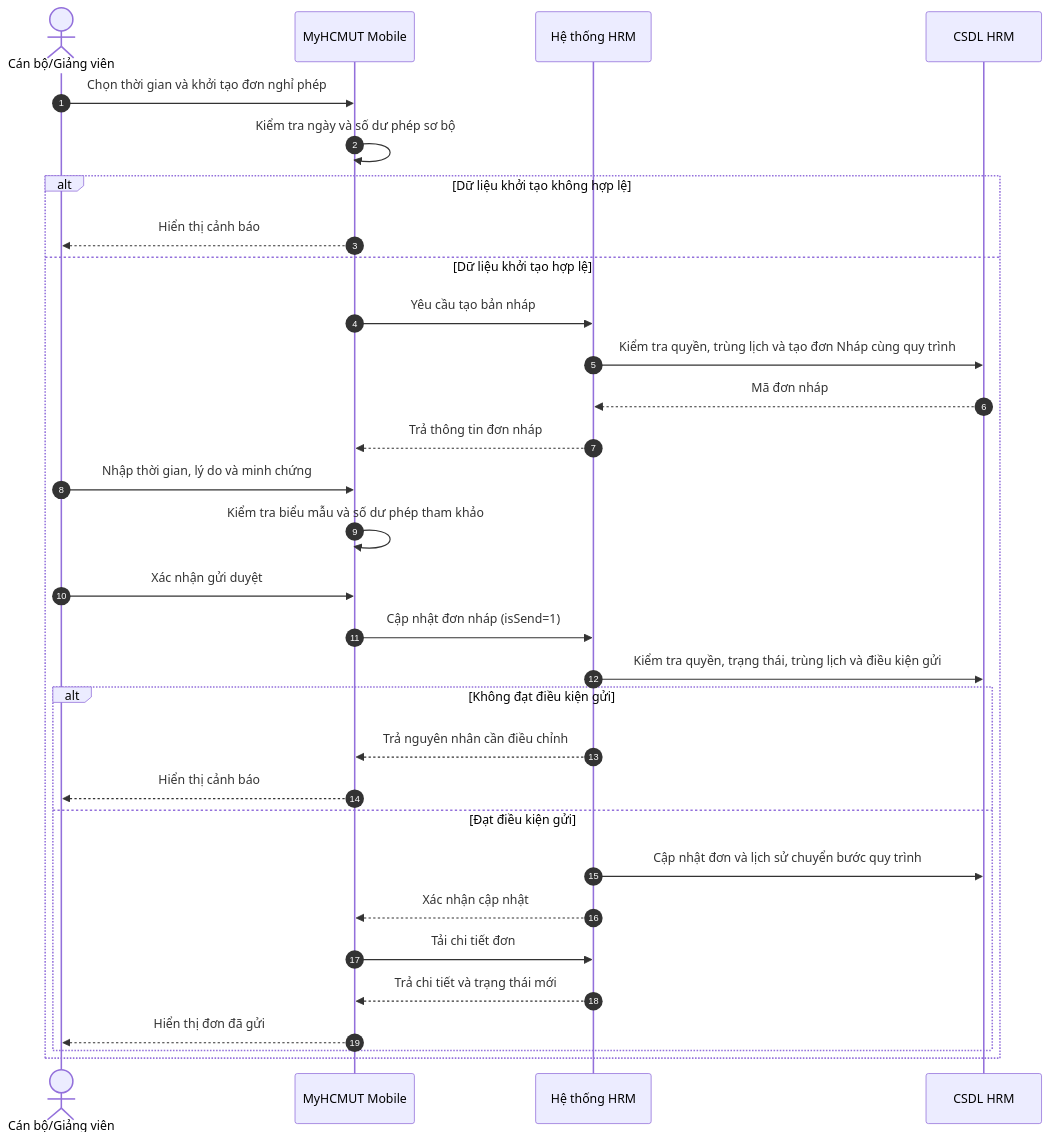
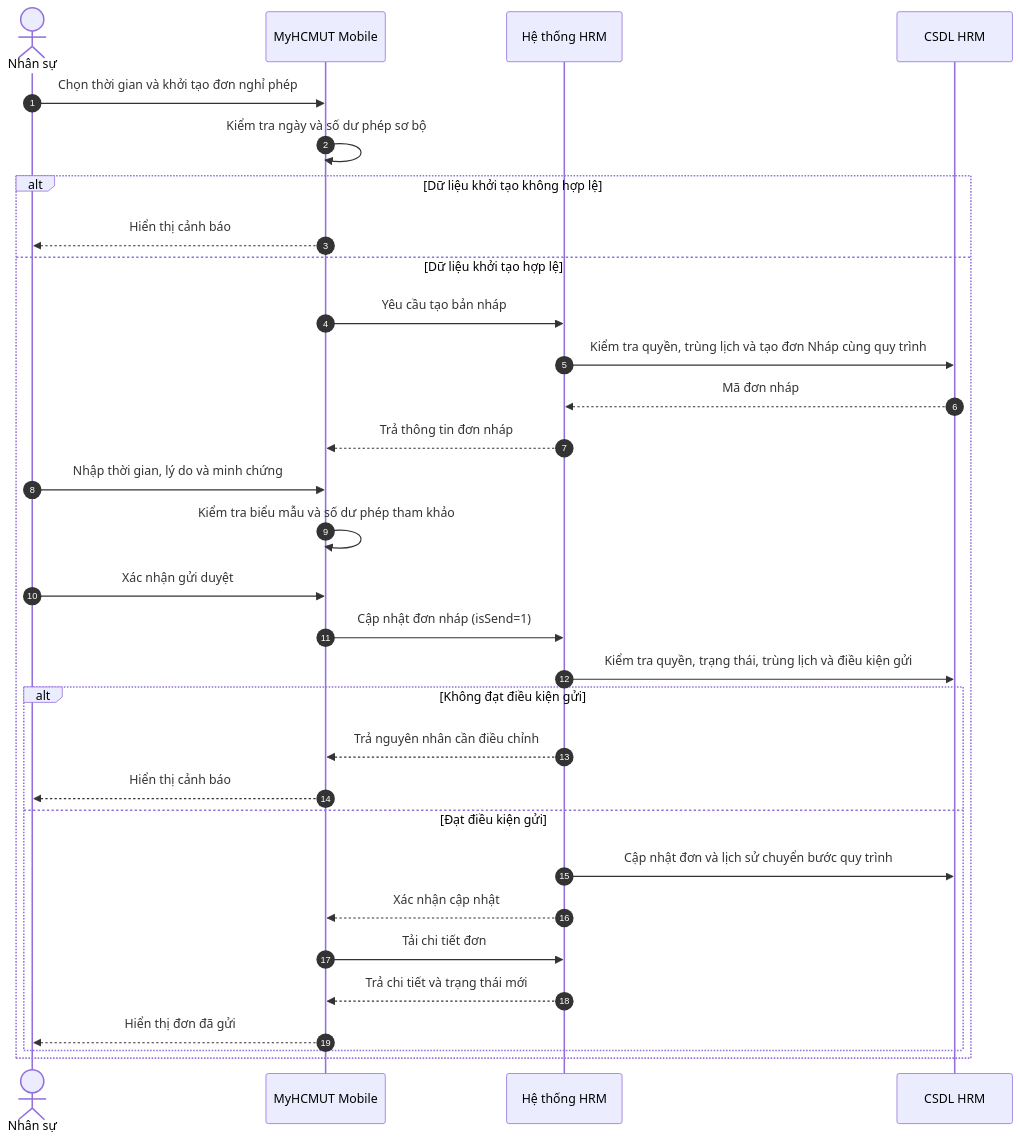
The diagram in image/uml/seq_leave_submit.mmd (xchinh/Report-DATN), drawn with Mermaid before and after one commit. The commit also changed 27 other files, not shown here.

```diff
--- a/image/uml/seq_leave_submit.mmd
+++ b/image/uml/seq_leave_submit.mmd
@@ -1,32 +1,32 @@
 sequenceDiagram
     autonumber
-    actor User as Cán bộ/Giảng viên
+    actor User as Nhân sự
     participant App as MyHCMUT Mobile
     participant HRM as Hệ thống HRM
     participant DB as CSDL HRM
 
     User->>App: Chọn thời gian và khởi tạo đơn nghỉ phép
     App->>App: Kiểm tra ngày và số dư phép sơ bộ
     alt Dữ liệu khởi tạo không hợp lệ
         App-->>User: Hiển thị cảnh báo
     else Dữ liệu khởi tạo hợp lệ
         App->>HRM: Yêu cầu tạo bản nháp
         HRM->>DB: Kiểm tra quyền, trùng lịch và tạo đơn Nháp cùng quy trình
         DB-->>HRM: Mã đơn nháp
         HRM-->>App: Trả thông tin đơn nháp
         User->>App: Nhập thời gian, lý do và minh chứng
         App->>App: Kiểm tra biểu mẫu và số dư phép tham khảo
         User->>App: Xác nhận gửi duyệt
         App->>HRM: Cập nhật đơn nháp (isSend=1)
         HRM->>DB: Kiểm tra quyền, trạng thái, trùng lịch và điều kiện gửi
         alt Không đạt điều kiện gửi
             HRM-->>App: Trả nguyên nhân cần điều chỉnh
             App-->>User: Hiển thị cảnh báo
         else Đạt điều kiện gửi
             HRM->>DB: Cập nhật đơn và lịch sử chuyển bước quy trình
             HRM-->>App: Xác nhận cập nhật
             App->>HRM: Tải chi tiết đơn
             HRM-->>App: Trả chi tiết và trạng thái mới
             App-->>User: Hiển thị đơn đã gửi
         end
     end
```
